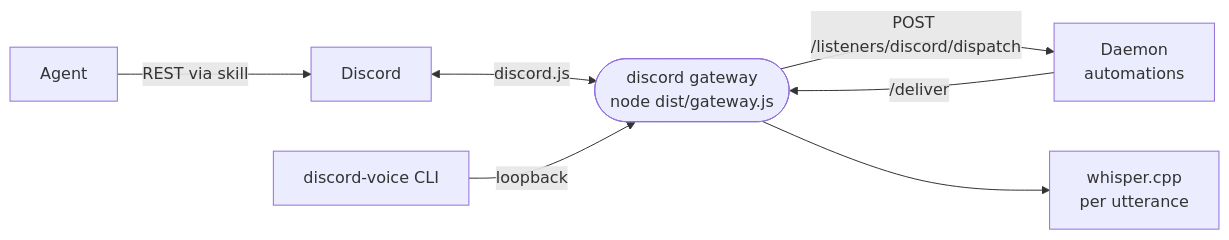
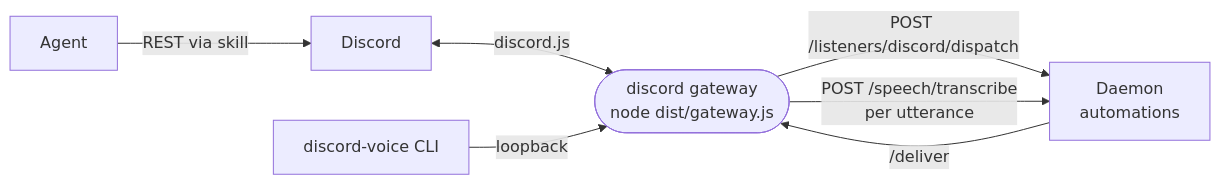
One commit to intentic/intentic changed the diagram in _extensions/discord/README.md. Above: the diagram before and after it, drawn with Mermaid. The commit also changed other lines of this file and 79 other files, not shown here.

First line of the commit message:
feat(speech)!: drop whisperReady from ListenerStatus and move dictation to speech-engine

````diff
--- a/_extensions/discord/README.md
+++ b/_extensions/discord/README.md
@@ -5,9 +5,9 @@
 ```mermaid
 flowchart LR
     discord["Discord"] <-->|"discord.js"| gw(["discord gateway<br/>node dist/gateway.js"])
     gw -->|"POST /listeners/discord/dispatch"| daemon["Daemon<br/>automations"]
     daemon -->|"/deliver"| gw
     cli["discord-voice CLI"] -->|"loopback"| gw
-    gw --> whisper["whisper.cpp<br/>per utterance"]
+    gw -->|"POST /speech/transcribe<br/>per utterance"| daemon
     agent["Agent"] -->|"REST via skill"| discord
 ```
````
